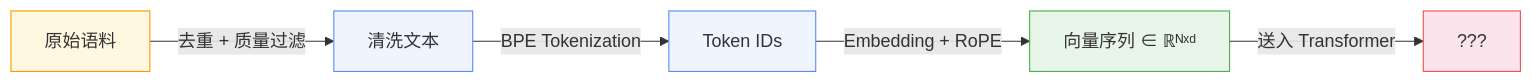
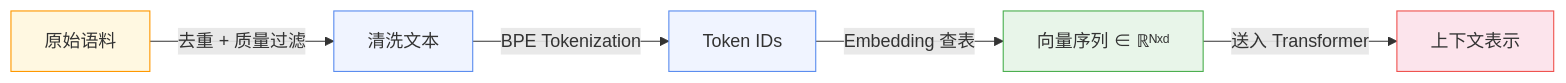
The third of 3 diagrams in posts/2026-06-02-llm-data-pipeline.md (WryGill/wrygill.github.io), drawn with Mermaid before and after one commit. The commit also changed other lines of this file and 13 other files, not shown here.

````diff
--- a/posts/2026-06-02-llm-data-pipeline.md
+++ b/posts/2026-06-02-llm-data-pipeline.md
@@ -309,13 +244,13 @@
 ```mermaid
 graph LR
     A["原始语料"] -->|"去重 + 质量过滤"| B["清洗文本"]
     B -->|"BPE Tokenization"| C["Token IDs"]
-    C -->|"Embedding + RoPE"| D["向量序列 ∈ ℝᴺˣᵈ"]
-    D -->|"送入 Transformer"| E["???"]
+    C -->|"Embedding 查表"| D["向量序列 ∈ ℝᴺˣᵈ"]
+    D -->|"送入 Transformer"| E["上下文表示"]
 
     style A fill:#fff8e1,stroke:#ff9800,color:#333
     style B fill:#f0f4ff,stroke:#5b8def,color:#333
     style C fill:#f0f4ff,stroke:#5b8def,color:#333
     style D fill:#e8f5e9,stroke:#4caf50,color:#333
     style E fill:#fce4ec,stroke:#ef5350,color:#333
 ```
````
